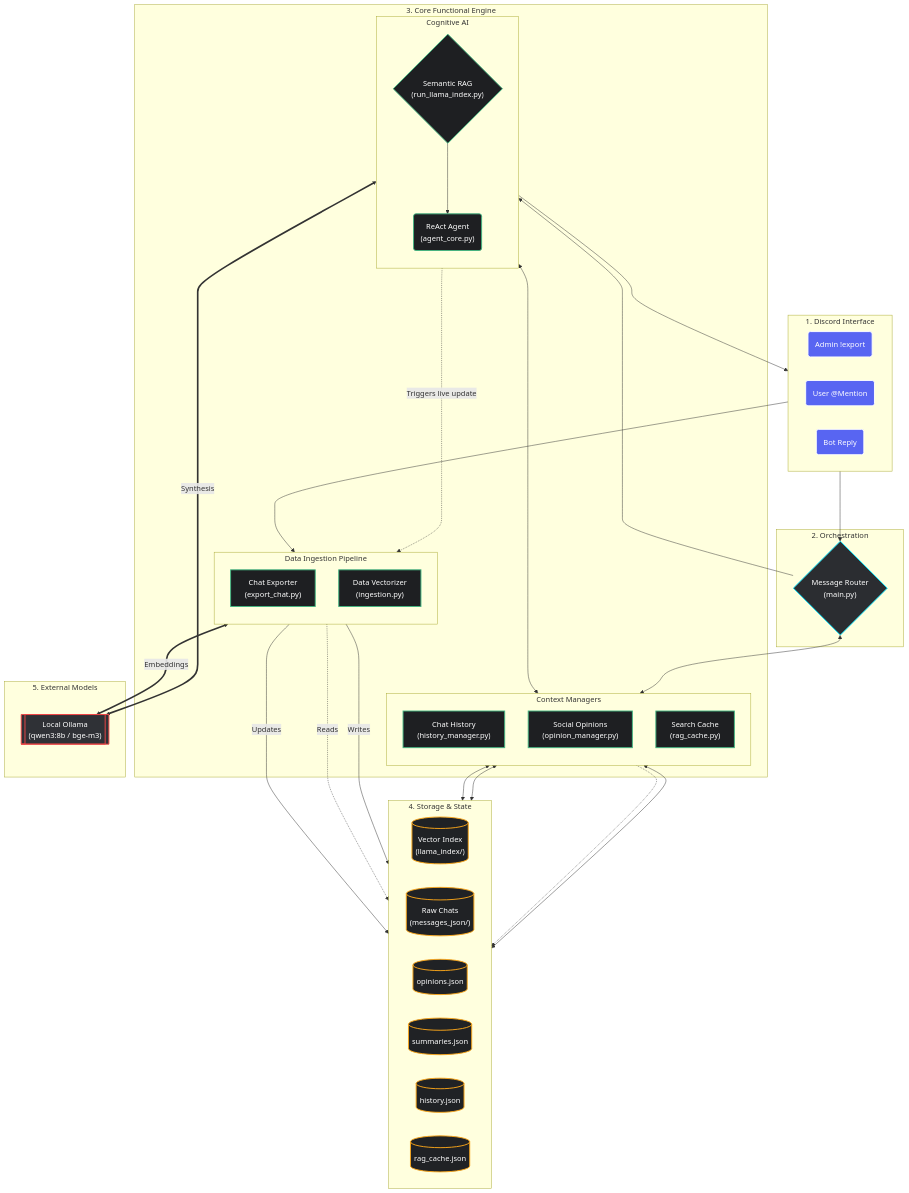
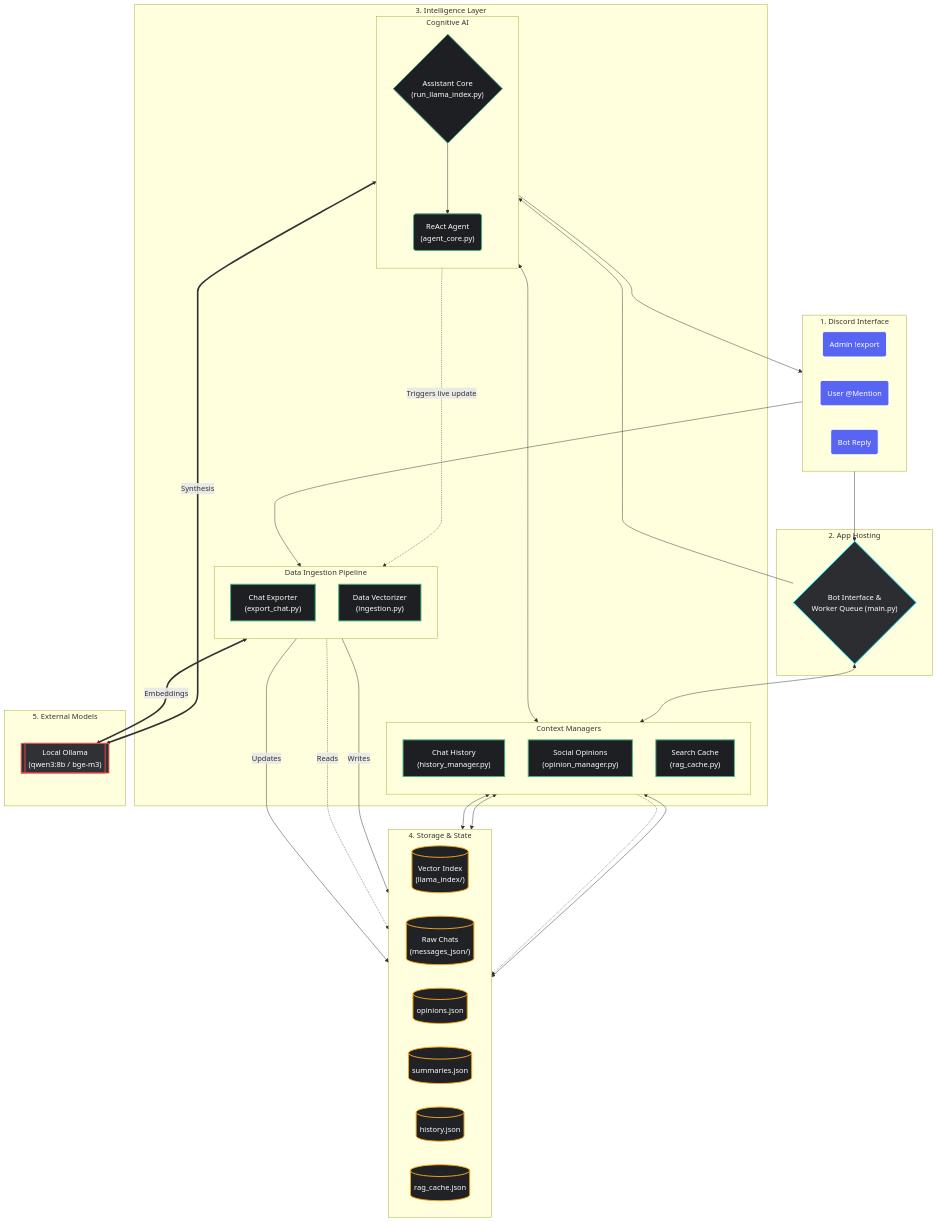
Before and after one commit to vp-1591/discord-assistant: the first of 2 diagrams in architecture.md, drawn with Mermaid. The commit also changed other lines of this file and 1 other file, not shown here.

```diff
--- a/architecture.md
+++ b/architecture.md
@@ -21,12 +21,12 @@
     end
 
     %% 2. Entry & Routing
-    subgraph Routing ["2. Orchestration"]
-        MAIN{"Message Router<br/>(main.py)"}:::app
+    subgraph Routing ["2. App Hosting"]
+        MAIN{"Bot Interface &<br/>Worker Queue (main.py)"}:::app
     end
 
     %% 3. Main Logic Trees
-    subgraph Engine ["3. Core Functional Engine"]
+    subgraph Engine ["3. Intelligence Layer"]
         
         subgraph Pipeline ["Data Ingestion Pipeline"]
             direction TB
@@ -36,7 +36,7 @@
 
         subgraph Cognition ["Cognitive AI"]
             direction TB
-            RAG_A{"Semantic RAG<br/>(run_llama_index.py)"}:::logic
+            RAG_A{"Assistant Core<br/>(run_llama_index.py)"}:::logic
             AGENT_C("ReAct Agent<br/>(agent_core.py)"):::logic
         end
 
```
